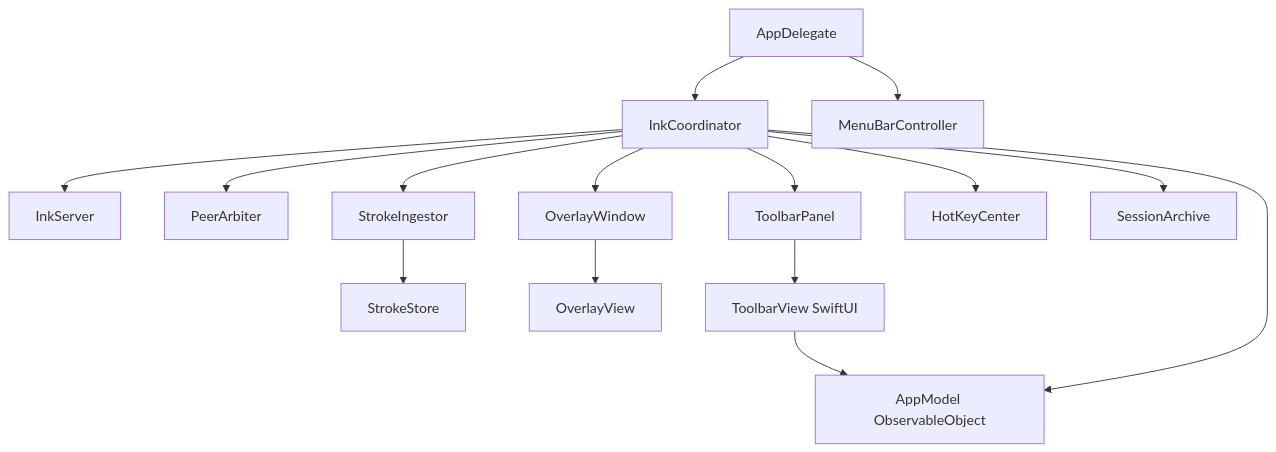
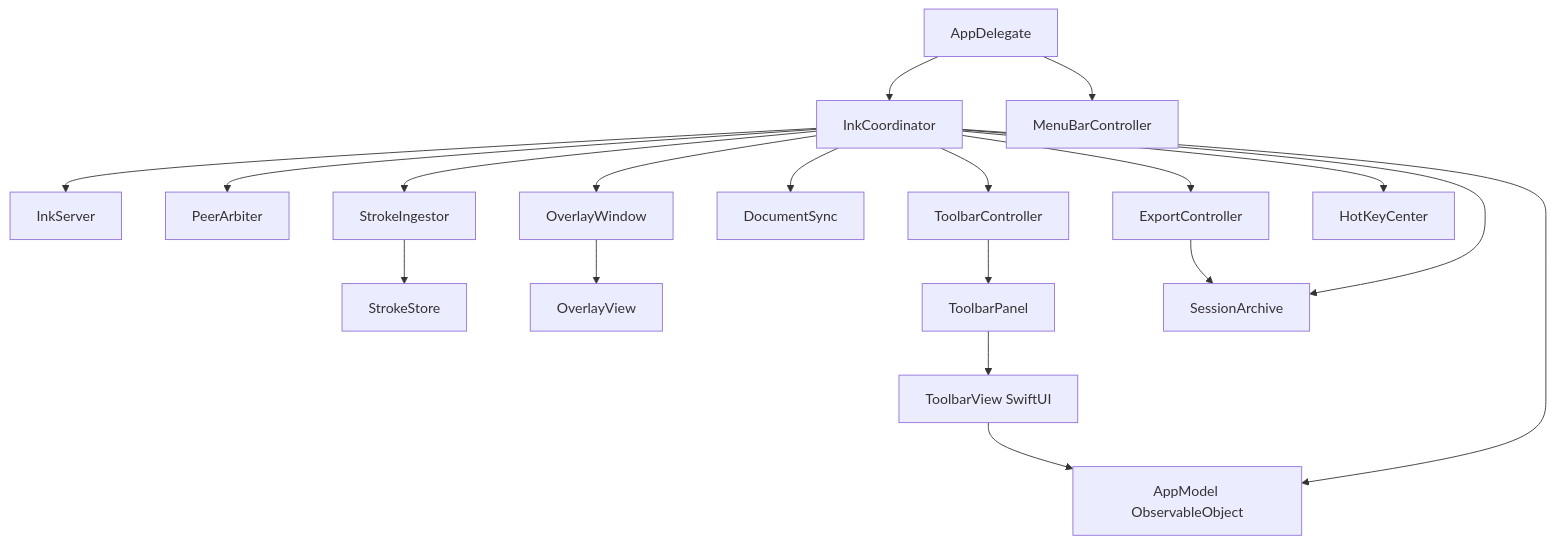
The diagram in docs/architecture/macos-architecture.md (armineyvazi/inkbridge), drawn with Mermaid before and after one commit. The commit also changed other lines of this file and 15 other files, not shown here.

First line of the commit message:
Document infinite canvas, sync, export and adaptive toolbar

````diff
--- a/docs/architecture/macos-architecture.md
+++ b/docs/architecture/macos-architecture.md
@@ -22,14 +22,16 @@
 ```mermaid
 flowchart TB
   AD[AppDelegate] --> IC[InkCoordinator]
   AD --> MB[MenuBarController]
   IC --> SRV[InkServer]
   IC --> ARB[PeerArbiter]
   IC --> ING[StrokeIngestor] --> ST[StrokeStore]
   IC --> OW[OverlayWindow] --> OV[OverlayView]
-  IC --> TP[ToolbarPanel] --> TV[ToolbarView SwiftUI]
+  IC --> DS[DocumentSync]
+  IC --> TC[ToolbarController] --> TP[ToolbarPanel] --> TV[ToolbarView SwiftUI]
+  IC --> EX[ExportController] --> SA
   IC --> HK[HotKeyCenter]
   IC --> SA[SessionArchive]
   TV --> M[AppModel ObservableObject]
   IC --> M
 ```
````
